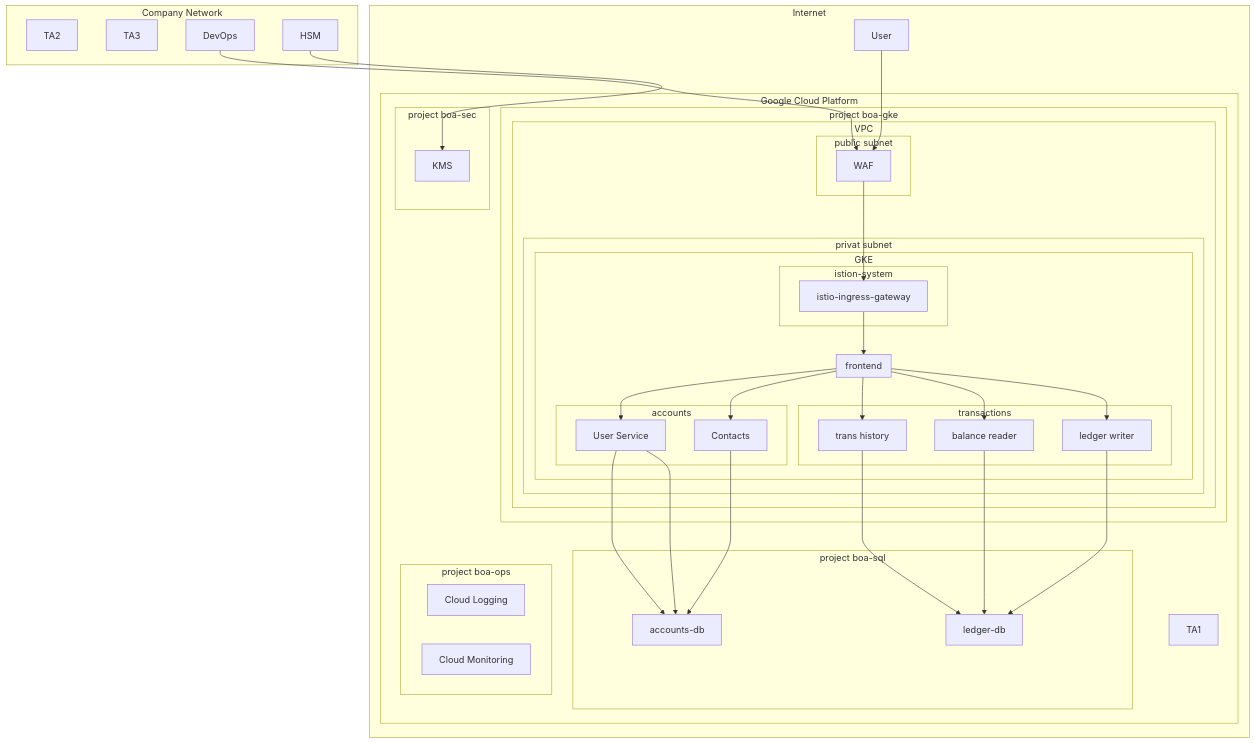
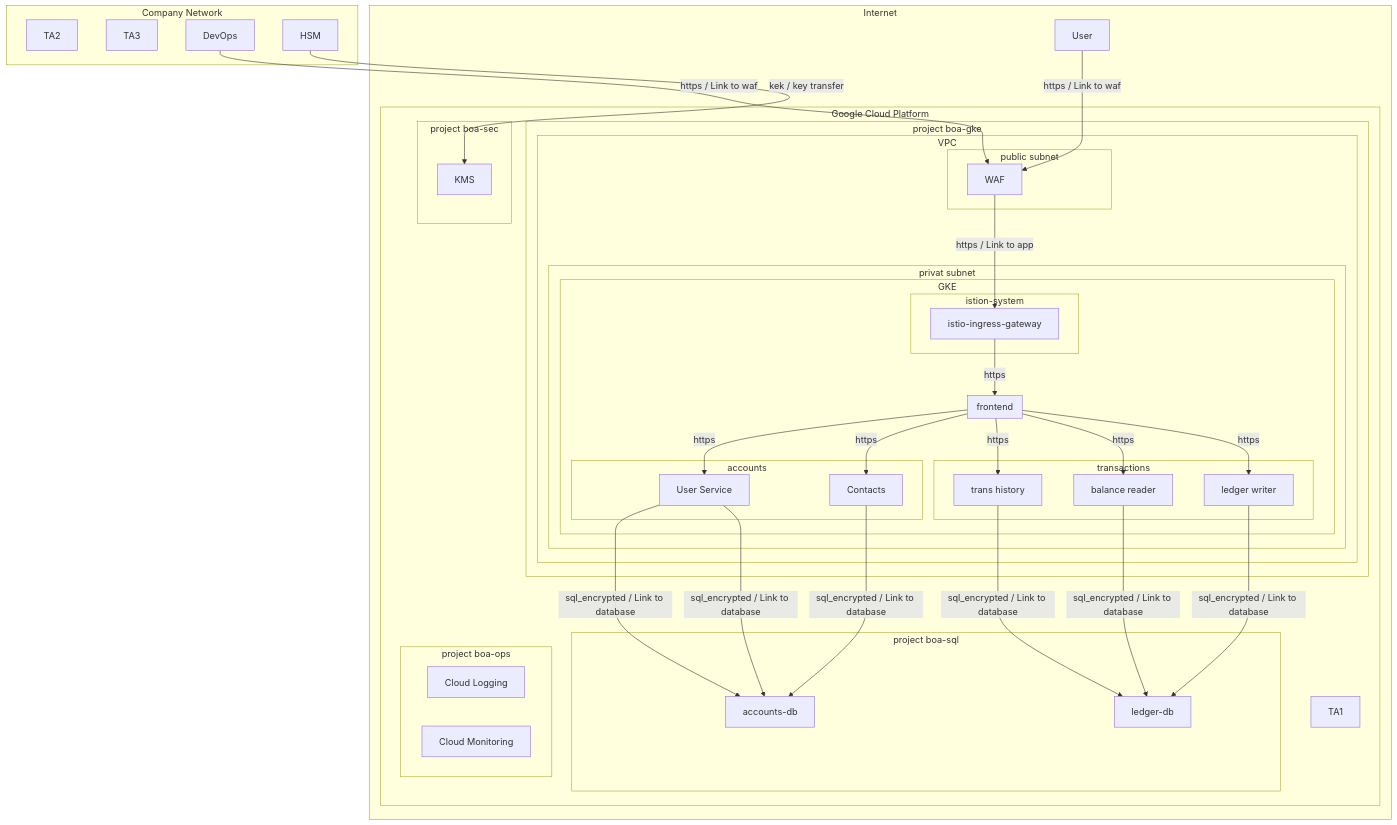
Before and after one commit to devmatic-it/taralizer: the diagram in report.md, drawn with Mermaid. The commit also changed 4 other files, not shown here.

First line of the commit message:
feat: add labeled connections to mermaid DFD reports

````diff
--- a/report.md
+++ b/report.md
@@ -82,21 +82,21 @@
         developer_client
         hsm
     end
-    browser --> waf
-    developer_client --> waf
-    waf --> ingress
-    ingress --> frontend
-    frontend --> user_service
-    frontend --> contacts
-    frontend --> trans_history
-    frontend --> balance_reader
-    frontend --> ledger_writer
-    user_service --> accounts_db
-    contacts --> accounts_db
-    user_service --> accounts_db
-    ledger_writer --> ledger_db
-    balance_reader --> ledger_db
-    trans_history --> ledger_db
-    hsm --> kms
+    browser -->|https / Link to waf| waf
+    developer_client -->|https / Link to waf| waf
+    waf -->|https / Link to app| ingress
+    ingress -->|https| frontend
+    frontend -->|https| user_service
+    frontend -->|https| contacts
+    frontend -->|https| trans_history
+    frontend -->|https| balance_reader
+    frontend -->|https| ledger_writer
+    user_service -->|sql_encrypted / Link to database| accounts_db
+    contacts -->|sql_encrypted / Link to database| accounts_db
+    user_service -->|sql_encrypted / Link to database| accounts_db
+    ledger_writer -->|sql_encrypted / Link to database| ledger_db
+    balance_reader -->|sql_encrypted / Link to database| ledger_db
+    trans_history -->|sql_encrypted / Link to database| ledger_db
+    hsm -->|kek / key transfer| kms
 
 ```
````
